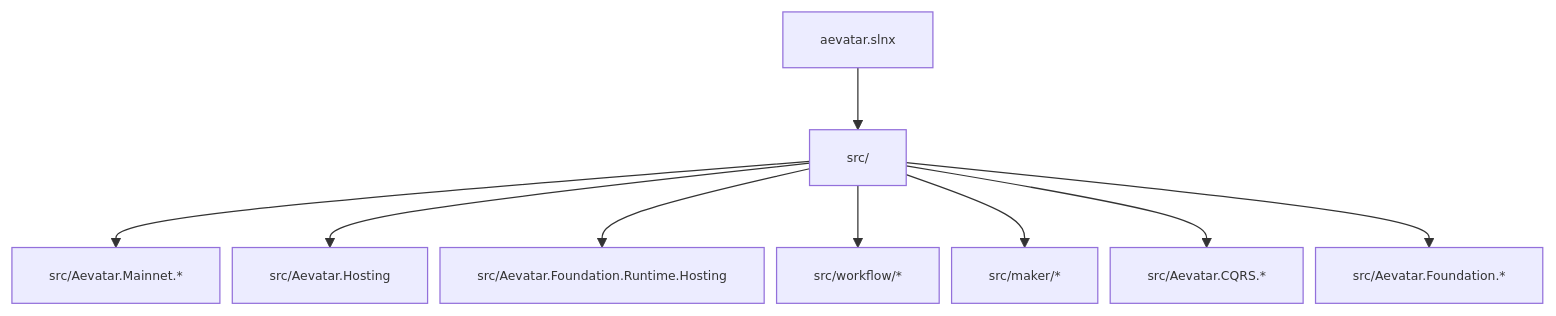
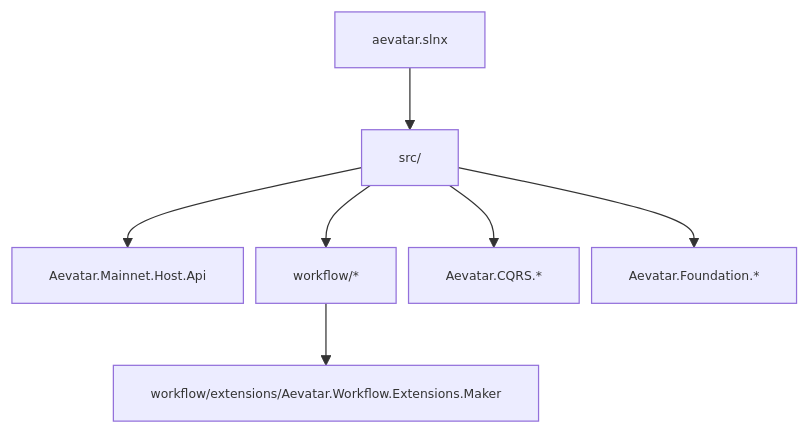
The first of 2 diagrams in docs/PROJECT_ARCHITECTURE.md (aevatarAI/aevatar), drawn with Mermaid before and after one commit. The commit also changed other lines of this file and 49 other files, not shown here.

First line of the commit message:
Refactor Maker Integration into Workflow Extensions

````diff
--- a/docs/PROJECT_ARCHITECTURE.md
+++ b/docs/PROJECT_ARCHITECTURE.md
@@ -16,12 +14,10 @@
 ```mermaid
 %%{init: {"maxTextSize": 100000, "flowchart": {"useMaxWidth": false, "nodeSpacing": 10, "rankSpacing": 50}, "themeVariables": {"fontSize": "10px"}}}%%
 flowchart TB
     R["aevatar.slnx"] --> SRC["src/"]
-    SRC --> MN["src/Aevatar.Mainnet.*"]
-    SRC --> HT["src/Aevatar.Hosting"]
-    SRC --> FRH["src/Aevatar.Foundation.Runtime.Hosting"]
-    SRC --> WF["src/workflow/*"]
-    SRC --> MK["src/maker/*"]
-    SRC --> CQ["src/Aevatar.CQRS.*"]
-    SRC --> FD["src/Aevatar.Foundation.*"]
+    SRC --> MN["Aevatar.Mainnet.Host.Api"]
+    SRC --> WF["workflow/*"]
+    WF --> WFE["workflow/extensions/Aevatar.Workflow.Extensions.Maker"]
+    SRC --> CQ["Aevatar.CQRS.*"]
+    SRC --> FD["Aevatar.Foundation.*"]
 ```
````
